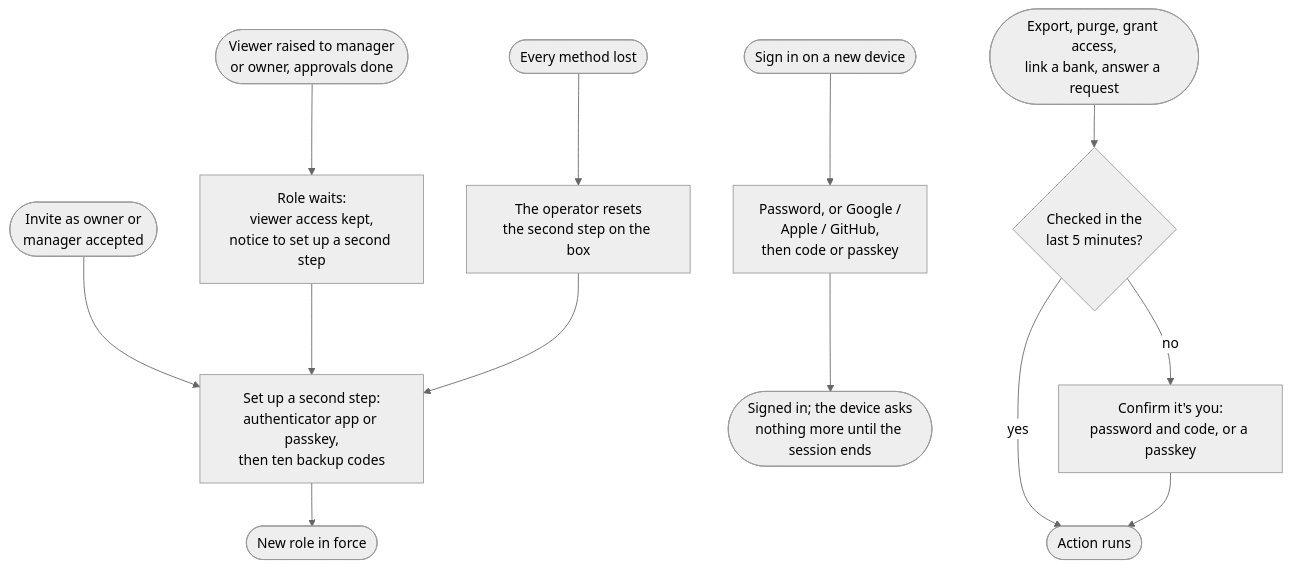
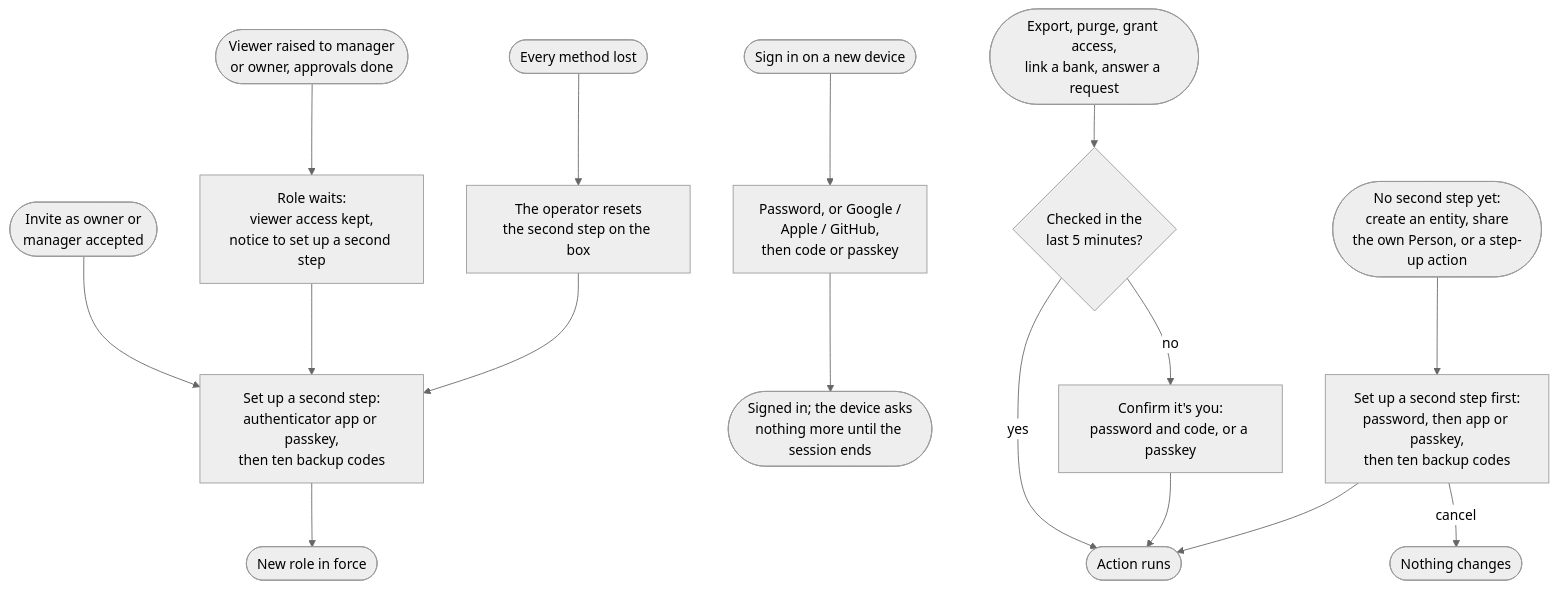
One commit to richmosko/polycarpic changed the diagram in docs/DESIGN/flows/second-step-flow.md. Above: the diagram before and after it, drawn with Mermaid (neutral theme). The commit also changed other lines of this file and 5 other files, not shown here.

First line of the commit message:
docs(design): second-step gate, held-raise cancel copy, transfer eligibility, empty-ledger receipt

````diff
--- a/docs/DESIGN/flows/second-step-flow.md
+++ b/docs/DESIGN/flows/second-step-flow.md
@@ -5,15 +5,18 @@
 ```mermaid
 flowchart TD
   invite([Invite as owner or\nmanager accepted]) --> enrol
   raise([Viewer raised to manager\nor owner, approvals done]) --> held[Role waits:\nviewer access kept,\nnotice to set up a second step]
   held --> enrol[Set up a second step:\nauthenticator app or passkey,\nthen ten backup codes]
   enrol --> active([New role in force])
   signin([Sign in on a new device]) --> ask[Password, or Google /\nApple / GitHub,\nthen code or passkey]
   ask --> known([Signed in; the device asks\nnothing more until the session ends])
   risky([Export, purge, grant access,\nlink a bank, answer a request]) --> fresh{Checked in the\nlast 5 minutes?}
   fresh -- yes --> go([Action runs])
   fresh -- no --> stepup[Confirm it's you:\npassword and code, or a passkey]
   stepup --> go
+  first([No second step yet:\ncreate an entity, share\nthe own Person, or a step-up action]) --> gate[Set up a second step first:\npassword, then app or passkey,\nthen ten backup codes]
+  gate -- cancel --> none([Nothing changes])
+  gate --> go
   lost([Every method lost]) --> reset[The operator resets\nthe second step on the box]
   reset --> enrol
 ```
````
